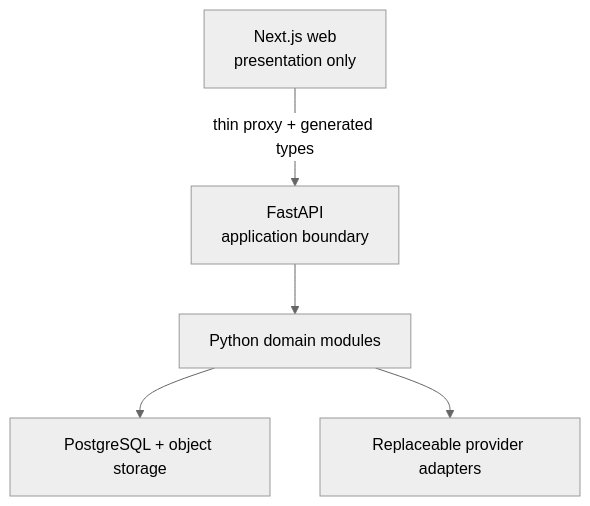
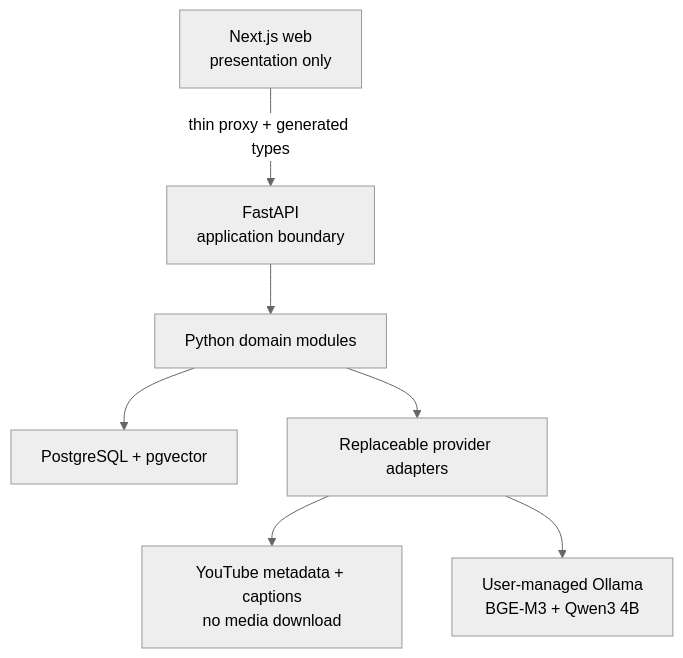
The diagram in docs/architecture.md (VedantPatil-99/the-galaxy-frog), drawn with Mermaid (neutral theme) before and after one commit. The commit also changed other lines of this file and 5 other files, not shown here.

````diff
--- a/docs/architecture.md
+++ b/docs/architecture.md
@@ -7,7 +7,9 @@
 ```mermaid
 flowchart TD
     UI["Next.js web<br>presentation only"] -->|"thin proxy + generated types"| API["FastAPI<br>application boundary"]
     API --> CORE["Python domain modules"]
-    CORE --> DATA["PostgreSQL + object storage"]
+    CORE --> DATA["PostgreSQL + pgvector"]
     CORE --> PROVIDERS["Replaceable provider adapters"]
+    PROVIDERS --> YOUTUBE["YouTube metadata + captions<br>no media download"]
+    PROVIDERS --> OLLAMA["User-managed Ollama<br>BGE-M3 + Qwen3 4B"]
 ```
````
